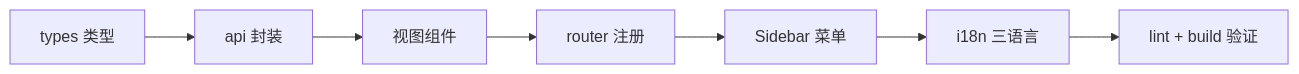
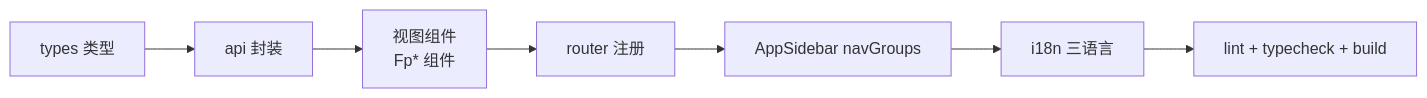
One commit to Forevery1021/Flamepanel changed the second of 2 diagrams in Doc/04-前端开发指南.md. Above: the diagram before and after it, drawn with Mermaid. The commit also changed other lines of this file and 73 other files, not shown here.

````diff
--- a/Doc/04-前端开发指南.md
+++ b/Doc/04-前端开发指南.md
@@ -120,6 +270,6 @@
 ```mermaid
 flowchart LR
-    A["types 类型"] --> B["api 封装"] --> C["视图组件"]
-    C --> D["router 注册"] --> E["Sidebar 菜单"]
-    E --> F["i18n 三语言"] --> G["lint + build 验证"]
+    A["types 类型"] --> B["api 封装"] --> C["视图组件<br/>Fp* 组件"]
+    C --> D["router 注册"] --> E["AppSidebar navGroups"]
+    E --> F["i18n 三语言"] --> G["lint + typecheck + build"]
 ```
````
